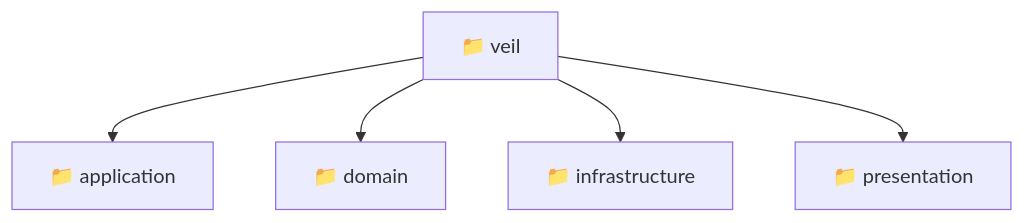
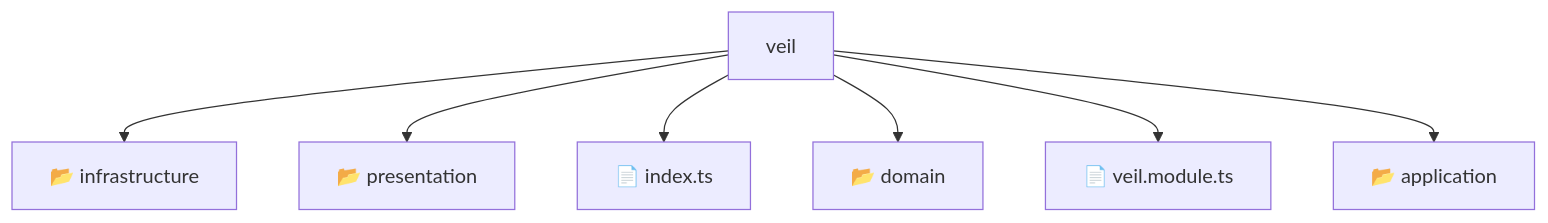
The diagram in backend/src/modules/veil/README.md (beginwebdev2002/fullstack-mavluda), drawn with Mermaid before and after one commit. The commit also changed other lines of this file and 155 other files, not shown here.

````diff
--- a/backend/src/modules/veil/README.md
+++ b/backend/src/modules/veil/README.md
@@ -10,8 +14,10 @@
 ```mermaid
 graph TD
-  Root["📁 veil"]
-  Root --> application["📁 application"]
-  Root --> domain["📁 domain"]
-  Root --> infrastructure["📁 infrastructure"]
-  Root --> presentation["📁 presentation"]
+    Root[veil]
+    Root --> F0[📂 infrastructure]
+    Root --> F1[📂 presentation]
+    Root --> F2[📄 index.ts]
+    Root --> F3[📂 domain]
+    Root --> F4[📄 veil.module.ts]
+    Root --> F5[📂 application]
 ```
````
